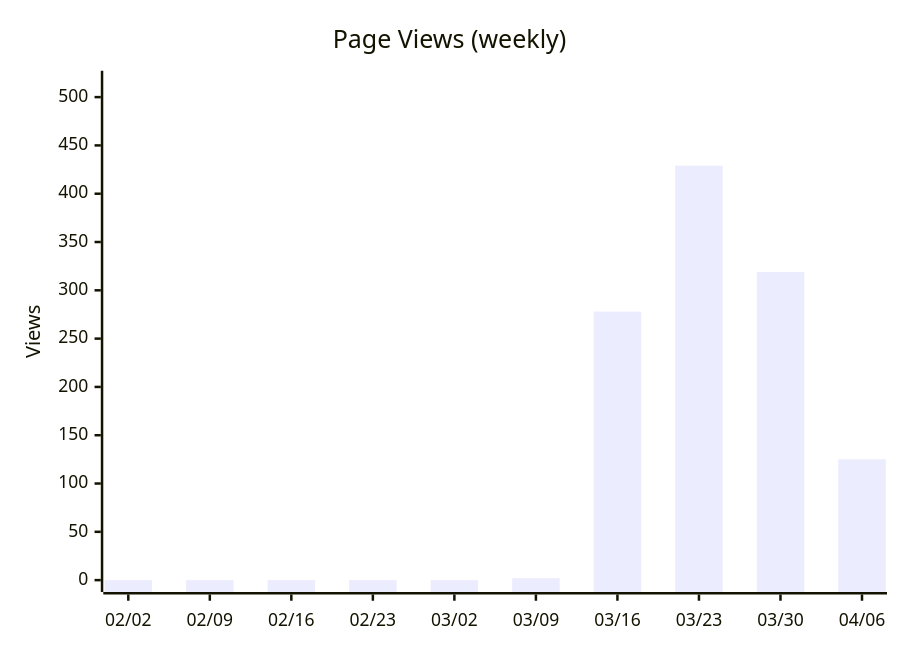
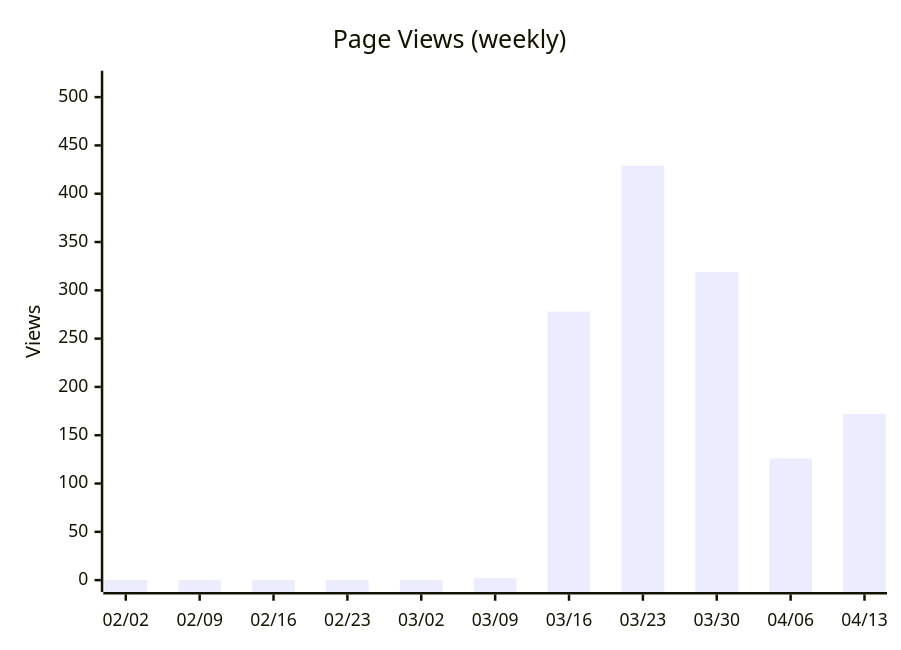
Before and after one commit to nablarch/nabledge-dev: diagram 12 of 14 in docs/metrics.md, drawn with Mermaid. The commit also changed other lines of this file and 2 other files, not shown here.

````diff
--- a/docs/metrics.md
+++ b/docs/metrics.md
@@ -155,7 +157,7 @@
 ```mermaid
 xychart-beta
   title "Page Views (weekly)"
-  x-axis ["02/02", "02/09", "02/16", "02/23", "03/02", "03/09", "03/16", "03/23", "03/30", "04/06"]
+  x-axis ["02/02", "02/09", "02/16", "02/23", "03/02", "03/09", "03/16", "03/23", "03/30", "04/06", "04/13"]
   y-axis "Views" 0 --> 515
-  bar [0, 0, 0, 0, 0, 2, 278, 429, 319, 125]
+  bar [0, 0, 0, 0, 0, 2, 278, 429, 319, 126, 172]
 ```
````
